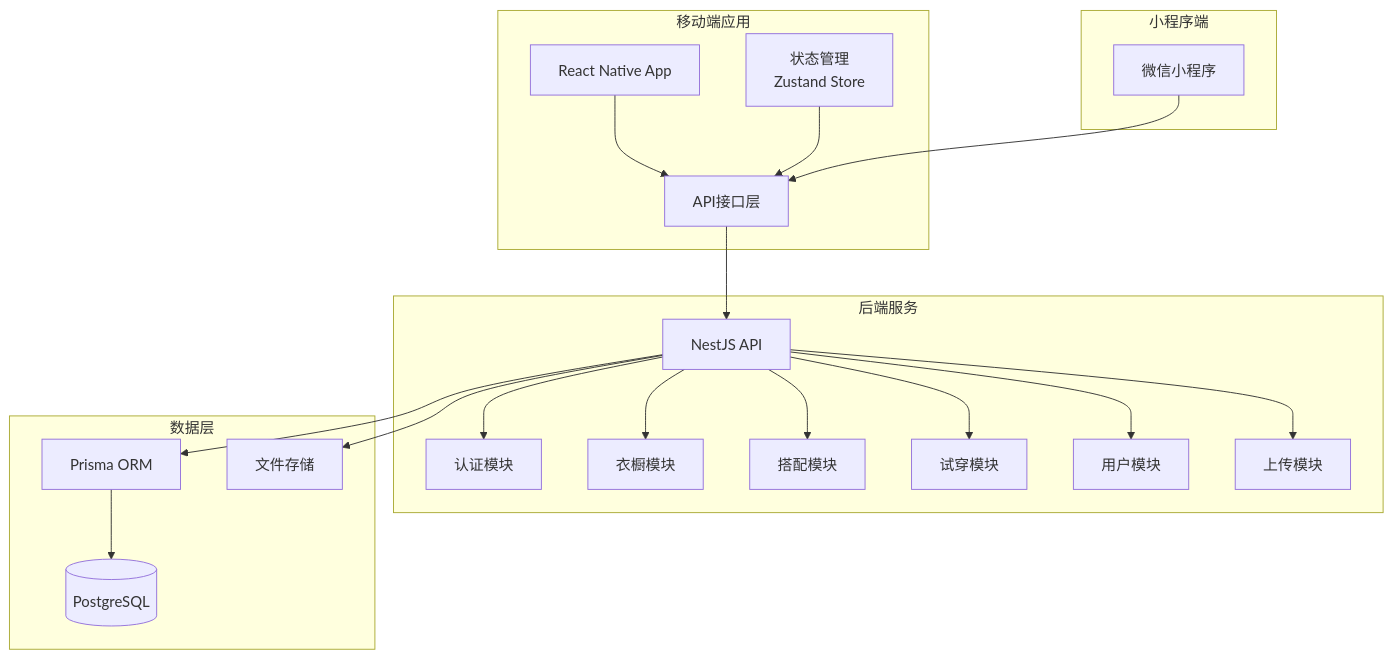
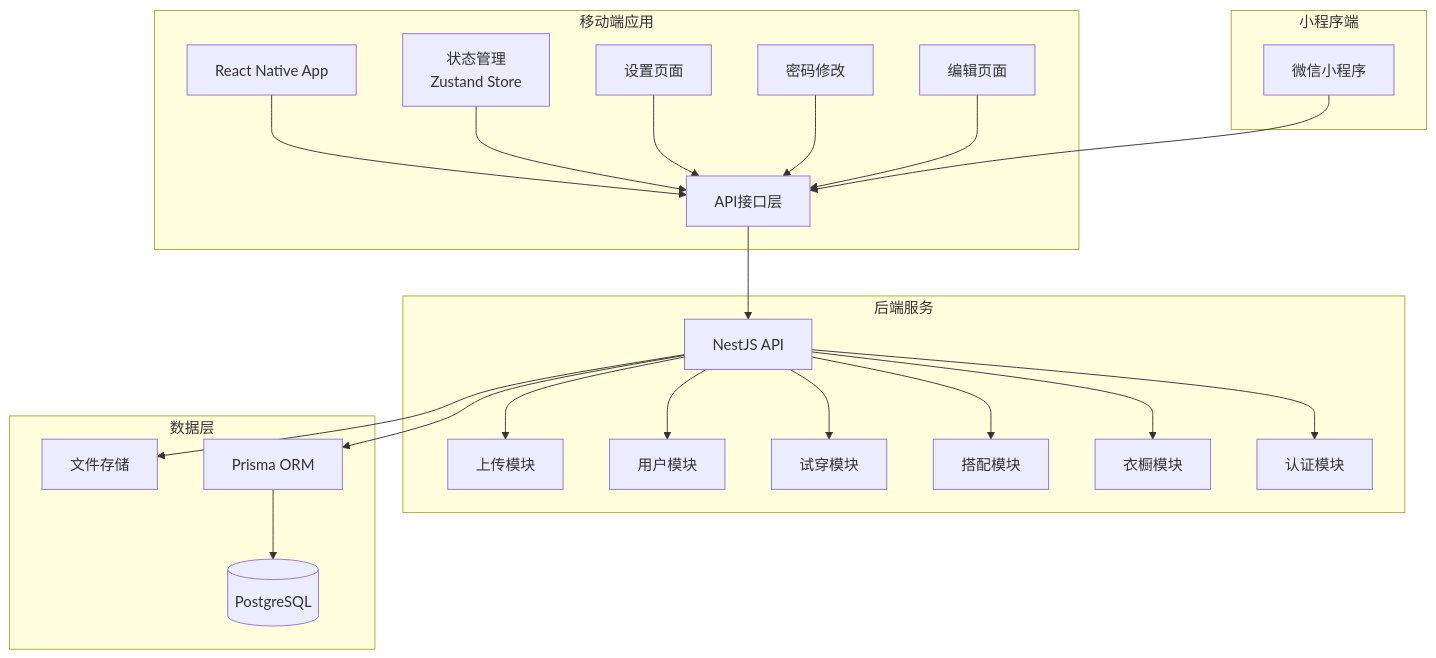
One commit to lsqwawa/free-dress changed the first of 4 diagrams in .qoder/repowiki/zh/content/项目概述/项目状态文档.md. Above: the diagram before and after it, drawn with Mermaid. The commit also changed other lines of this file and 62 other files, not shown here.

````diff
--- a/.qoder/repowiki/zh/content/项目概述/项目状态文档.md
+++ b/.qoder/repowiki/zh/content/项目概述/项目状态文档.md
@@ -147,38 +162,44 @@
 ```mermaid
 graph TB
 subgraph "移动端应用"
 RN[React Native App]
 Store[状态管理<br/>Zustand Store]
 API[API接口层]
+Settings[设置页面]
+ChangePwd[密码修改]
+EndEdit[编辑页面]
 end
 subgraph "后端服务"
 Nest[NestJS API]
 Auth[认证模块]
 Clothes[衣橱模块]
 Outfits[搭配模块]
 Tryon[试穿模块]
 Users[用户模块]
 Upload[上传模块]
 end
 subgraph "数据层"
 DB[(PostgreSQL)]
 Prisma[Prisma ORM]
 Storage[文件存储]
 end
 subgraph "小程序端"
 WeChat[微信小程序]
 end
 RN --> API
 Store --> API
 API --> Nest
 Nest --> Auth
 Nest --> Clothes
 Nest --> Outfits
 Nest --> Tryon
 Nest --> Users
 Nest --> Upload
 Nest --> Prisma
 Prisma --> DB
 Nest --> Storage
 WeChat --> API
+Settings --> API
+ChangePwd --> API
+EndEdit --> API
 ```
````
